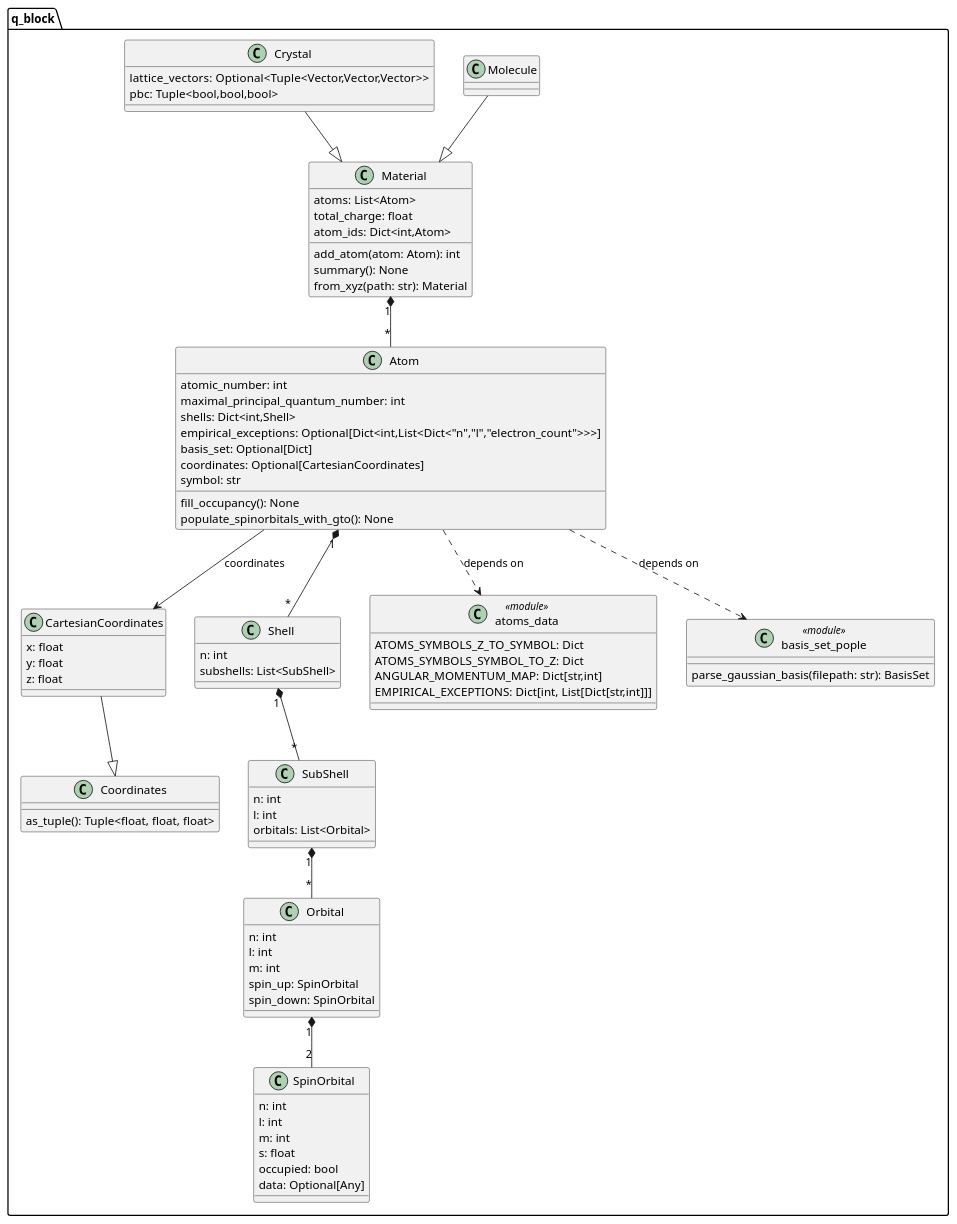
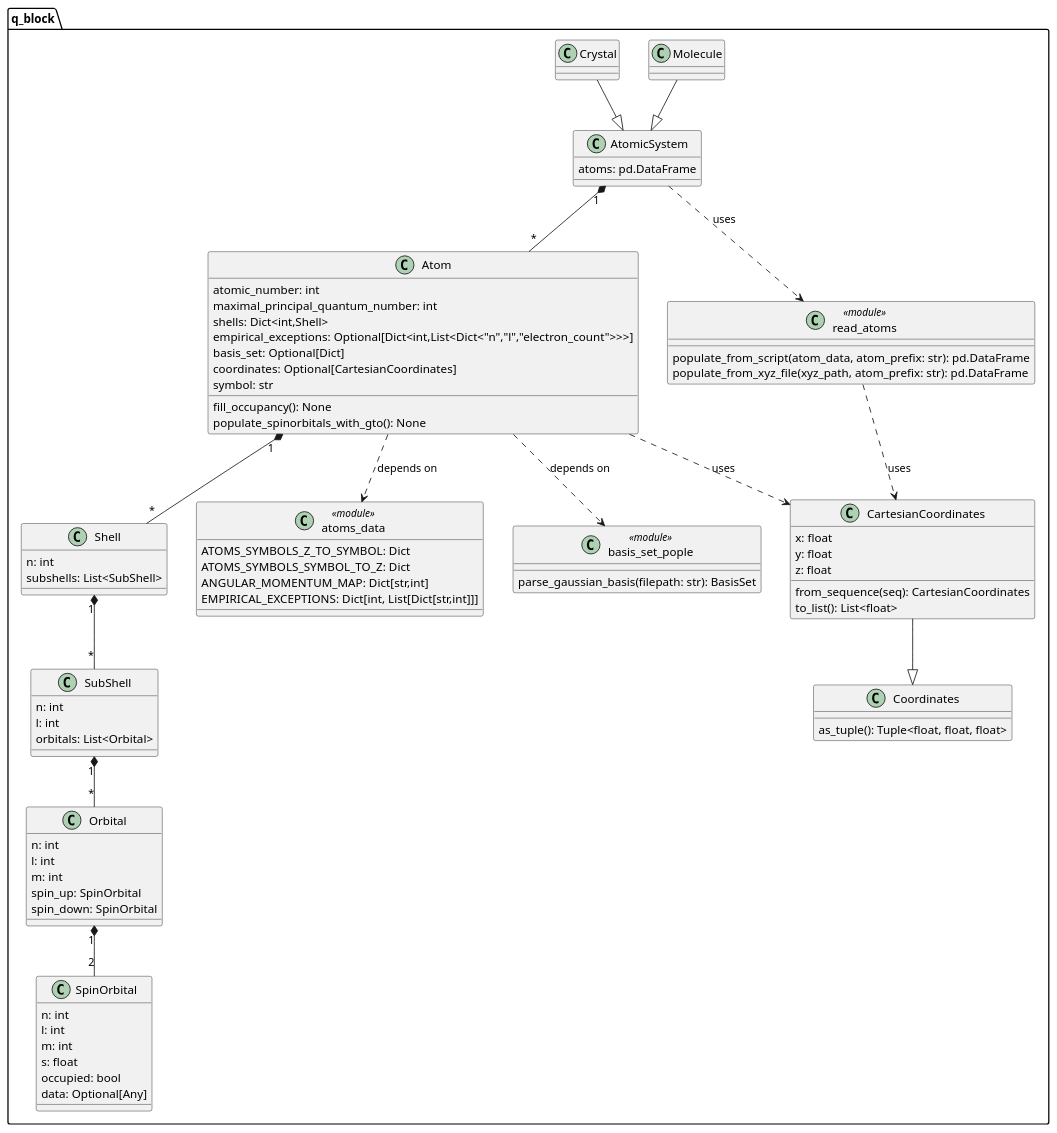
One commit to milosz-martynow/qBlock changed the diagram in architecture/bdd_q_block.puml. Above: the diagram before and after it, drawn with PlantUML. The commit also changed 12 other files, not shown here.

Commit message:
update the atomic_system.py - can move on with fulfillng basis set of crystal and molecule. tests updated. BDD updated

```diff
--- a/architecture/bdd_q_block.puml
+++ b/architecture/bdd_q_block.puml
@@ -1,107 +1,109 @@
 @startuml
 ' ==========================================================
 ' Block Definition Diagram for package q_block
 ' ==========================================================
 
 package "q_block" {
 
     class "Atom" {
         atomic_number: int
         maximal_principal_quantum_number: int
         shells: Dict<int,Shell>
         empirical_exceptions: Optional[Dict<int,List<Dict<"n","l","electron_count">>>]
         basis_set: Optional[Dict]
         coordinates: Optional[CartesianCoordinates]
         fill_occupancy(): None
         populate_spinorbitals_with_gto(): None
         symbol: str
     }
 
     class "CartesianCoordinates" {
         x: float
         y: float
         z: float
+        from_sequence(seq): CartesianCoordinates
+        to_list(): List<float>
     }
 
     class "Coordinates" {
         as_tuple(): Tuple<float, float, float>
     }
 
     class "SpinOrbital" {
         n: int
         l: int
         m: int
         s: float
         occupied: bool
         data: Optional[Any]
     }
 
     class "Orbital" {
         n: int
         l: int
         m: int
         spin_up: SpinOrbital
         spin_down: SpinOrbital
     }
 
     class "SubShell" {
         n: int
         l: int
         orbitals: List<Orbital>
     }
 
     class "Shell" {
         n: int
         subshells: List<SubShell>
     }
 
-    class "Material" {
-        atoms: List<Atom>
-        total_charge: float
-        atom_ids: Dict<int,Atom>
-        add_atom(atom: Atom): int
-        summary(): None
-        from_xyz(path: str): Material
+    class "AtomicSystem" {
+        atoms: pd.DataFrame
     }
 
     class "Molecule" {
     }
 
     class "Crystal" {
-        lattice_vectors: Optional<Tuple<Vector,Vector,Vector>>
-        pbc: Tuple<bool,bool,bool>
     }
 
     class "atoms_data" as AD <<module>> {
         ATOMS_SYMBOLS_Z_TO_SYMBOL: Dict
         ATOMS_SYMBOLS_SYMBOL_TO_Z: Dict
         ANGULAR_MOMENTUM_MAP: Dict[str,int]
         EMPIRICAL_EXCEPTIONS: Dict[int, List[Dict[str,int]]]
     }
 
     class "basis_set_pople" as BSP <<module>> {
         parse_gaussian_basis(filepath: str): BasisSet
     }
 
-    Atom --> CartesianCoordinates : coordinates
+    class "read_atoms" as RA <<module>> {
+        populate_from_script(atom_data, atom_prefix: str): pd.DataFrame
+        populate_from_xyz_file(xyz_path, atom_prefix: str): pd.DataFrame
+    }
+
+
     CartesianCoordinates --|> Coordinates
 }
 
 ' ----------------------------------------------------------
 ' Relationships
 ' ----------------------------------------------------------
 
 "Atom" "1" *-- "*" "Shell"
 "Shell" "1" *-- "*" "SubShell"
 "SubShell" "1" *-- "*" "Orbital"
 "Orbital" "1" *-- "2" "SpinOrbital"
+"AtomicSystem" "1" *-- "*" "Atom"
 
-"Material" "1" *-- "*" "Atom"
-
-"Molecule" --|> "Material"
-"Crystal"  --|> "Material"
+"Molecule" --|> "AtomicSystem"
+"Crystal"  --|> "AtomicSystem"
 
 "Atom" ..> AD  : depends on
 "Atom" ..> BSP : depends on
+"AtomicSystem" ..> RA : uses
+"Atom" ..> "CartesianCoordinates" : uses
+"RA" ..> "CartesianCoordinates" : uses
 
 @enduml
```
